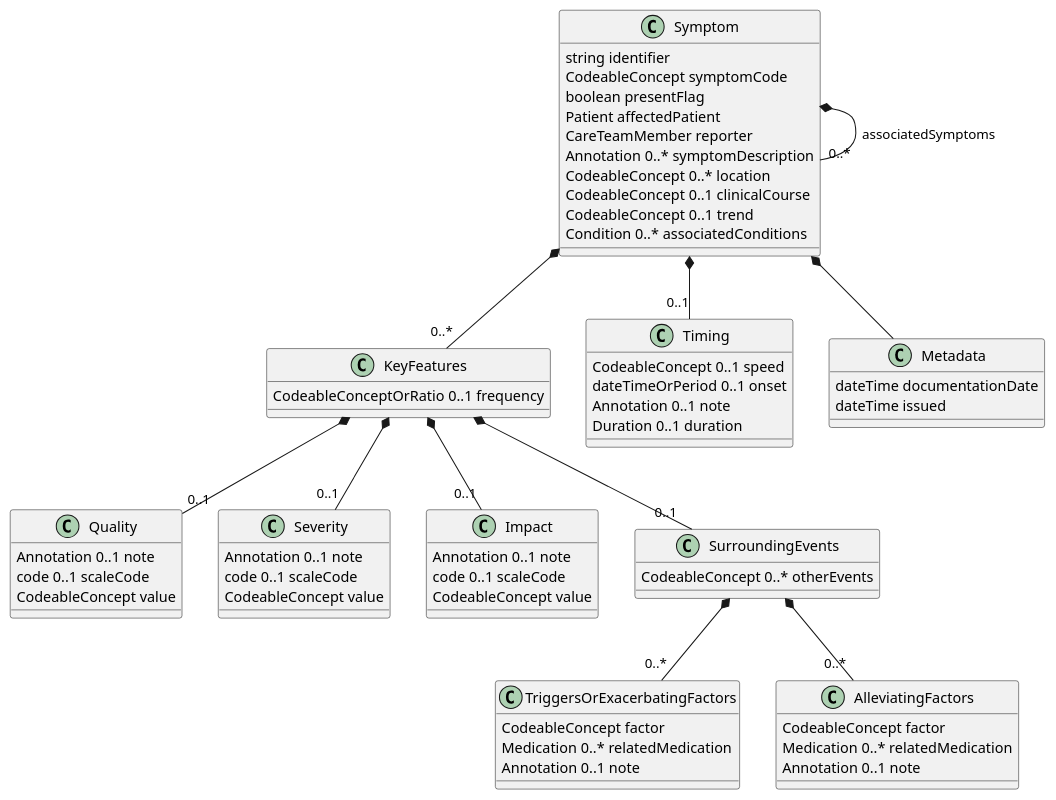
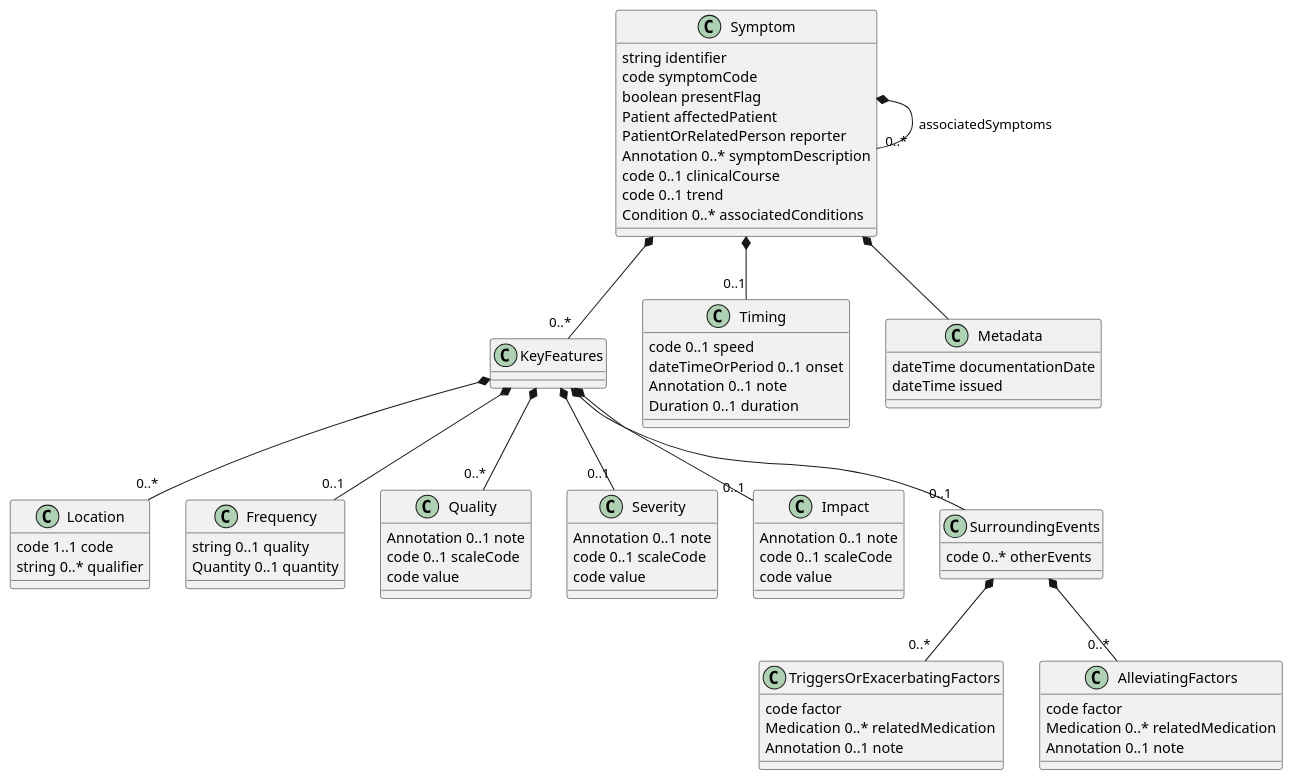
The diagram in input/images-source/SymptomLogicalModel.plantuml (HL7/fhir-symptoms-ig), drawn with PlantUML before and after one commit. The commit also changed 13 other files, not shown here.

```diff
--- a/input/images-source/SymptomLogicalModel.plantuml
+++ b/input/images-source/SymptomLogicalModel.plantuml
@@ -1,68 +1,76 @@
 @startuml
 class Symptom {
   string identifier
-  CodeableConcept symptomCode
+  code symptomCode
   boolean presentFlag
   Patient affectedPatient
-  CareTeamMember reporter
+  PatientOrRelatedPerson reporter
   Annotation 0..* symptomDescription
-  CodeableConcept 0..* location
-  CodeableConcept 0..1 clinicalCourse
-  CodeableConcept 0..1 trend
+  code 0..1 clinicalCourse
+  code 0..1 trend
   Condition 0..* associatedConditions
 }
 Symptom *-- "0..*" Symptom : associatedSymptoms
 Symptom *-- "0..*" KeyFeatures
 class KeyFeatures {
-  CodeableConceptOrRatio 0..1 frequency
 }
-KeyFeatures *-- "0..1" Quality
+KeyFeatures *-- "0..*" Location
+class Location {
+  code 1..1 code
+  string 0..* qualifier
+}
+KeyFeatures *-- "0..1" Frequency
+class Frequency {
+  string 0..1 quality
+  Quantity 0..1 quantity
+}
+KeyFeatures *-- "0..*" Quality
 class Quality {
   Annotation 0..1 note
   code 0..1 scaleCode
-  CodeableConcept value
+  code value
 }
 KeyFeatures *-- "0..1" Severity
 class Severity {
   Annotation 0..1 note
   code 0..1 scaleCode
-  CodeableConcept value
+  code value
 }
 KeyFeatures *-- "0..1" Impact
 class Impact {
   Annotation 0..1 note
   code 0..1 scaleCode
-  CodeableConcept value
+  code value
 }
 KeyFeatures *-- "0..1" SurroundingEvents
 class SurroundingEvents {
-  CodeableConcept 0..* otherEvents
+  code 0..* otherEvents
 }
 SurroundingEvents *-- "0..*" TriggersOrExacerbatingFactors
 class TriggersOrExacerbatingFactors {
-  CodeableConcept factor
+  code factor
   Medication 0..* relatedMedication
   Annotation 0..1 note
 }
 SurroundingEvents *-- "0..*" AlleviatingFactors
 class AlleviatingFactors {
-  CodeableConcept factor
+  code factor
   Medication 0..* relatedMedication
   Annotation 0..1 note
 }
 
 Symptom *-- "0..1" Timing
 class Timing {
-  CodeableConcept 0..1 speed
+  code 0..1 speed
   dateTimeOrPeriod 0..1 onset
   Annotation 0..1 note
   Duration 0..1 duration
 }
 
 Symptom *-- Metadata
 class Metadata {
 dateTime documentationDate
 dateTime issued
 }
 
 @enduml
```
